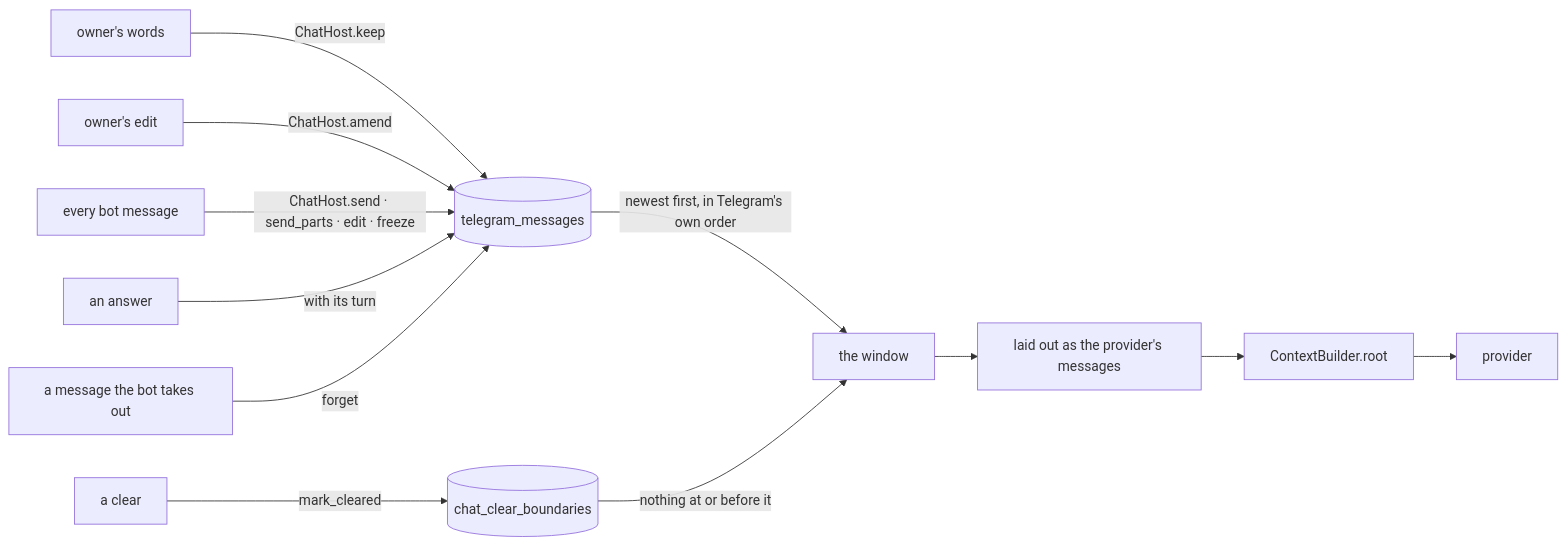
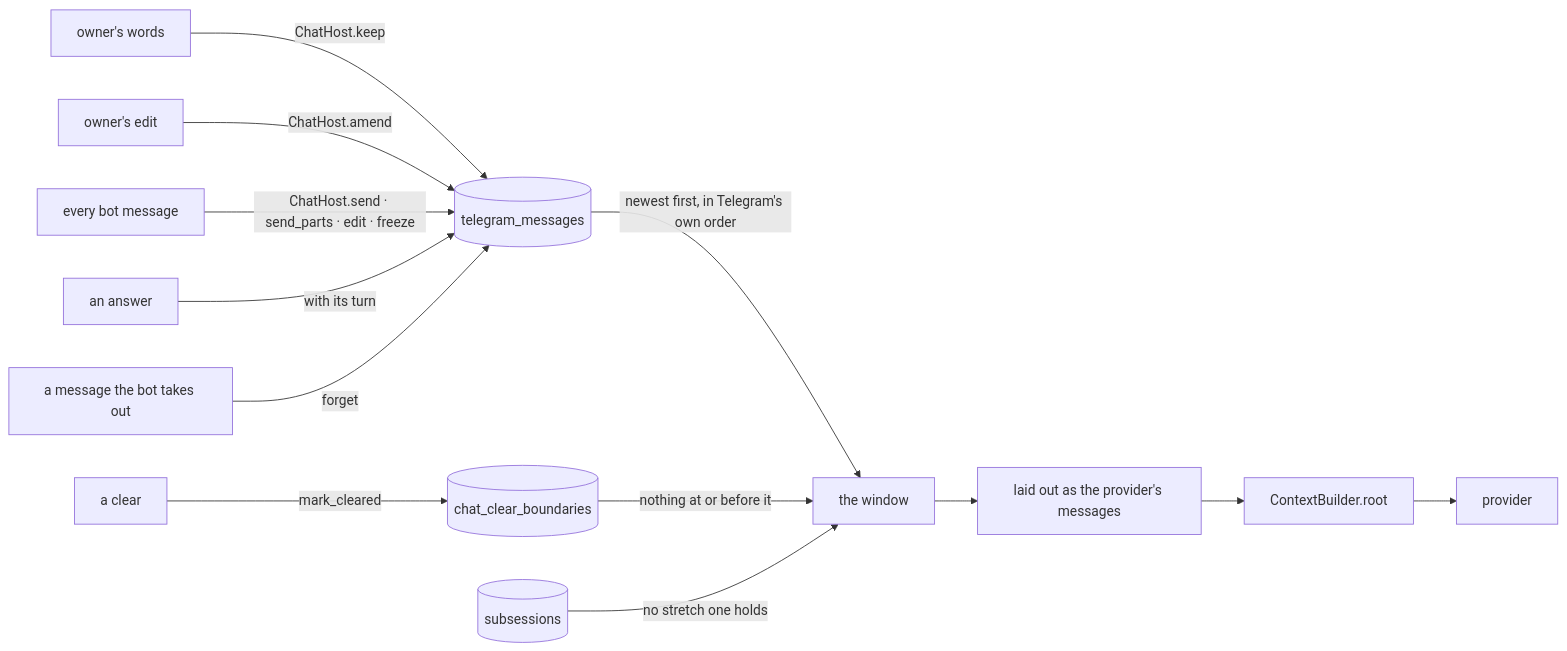
One commit to myvaheed/tg-ai-safwa changed the diagram in docs/LLM_HISTORY.md. Above: the diagram before and after it, drawn with Mermaid. The commit also changed other lines of this file and 5 other files, not shown here.

````diff
--- a/docs/LLM_HISTORY.md
+++ b/docs/LLM_HISTORY.md
@@ -8,14 +8,15 @@
 ```mermaid
 flowchart LR
     OWN[owner's words] -->|ChatHost.keep| T[(telegram_messages)]
     EDIT[owner's edit] -->|ChatHost.amend| T
     BOT[every bot message] -->|ChatHost.send · send_parts · edit · freeze| T
     ANS[an answer] -->|with its turn| T
     GONE[a message the bot takes out] -->|forget| T
     CLEAR[a clear] -->|mark_cleared| B[(chat_clear_boundaries)]
     T -->|newest first, in Telegram's own order| W[the window]
     B -->|nothing at or before it| W
+    S[(subsessions)] -->|no stretch one holds| W
     W --> L[laid out as the provider's messages]
     L --> C[ContextBuilder.root]
     C --> P[provider]
 ```
````
